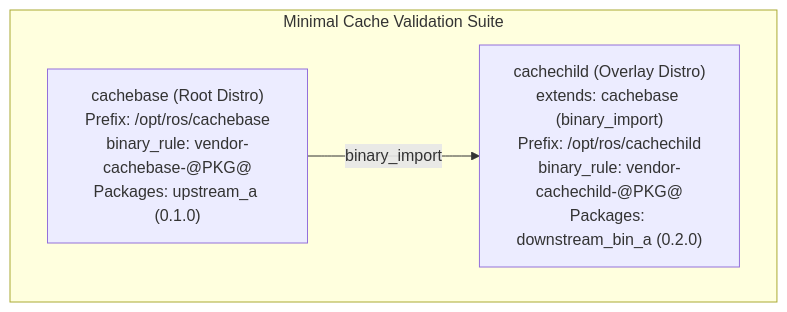
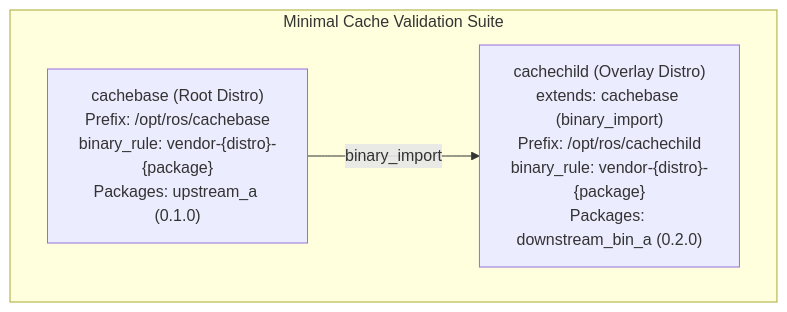
Before and after one commit to KmoM88/rep159-testing: the second of 2 diagrams in STAGE5_CACHE_AND_BLOOM_PLAN.md, drawn with Mermaid. The commit also changed other lines of this file and 22 other files, not shown here.

Commit message:
Consolidate table/diagram docs, adopt jrivero commits, update Stage 1-3 testfarm evidence, and sanitize local endpoints

````diff
--- a/STAGE5_CACHE_AND_BLOOM_PLAN.md
+++ b/STAGE5_CACHE_AND_BLOOM_PLAN.md
@@ -70,10 +70,10 @@
 ```mermaid
 graph TD
     subgraph MinimalCacheSuite [Minimal Cache Validation Suite]
-        CB["cachebase (Root Distro)<br>Prefix: /opt/ros/cachebase<br>binary_rule: vendor-cachebase-@PKG@<br>Packages: upstream_a (0.1.0)"]
+        CB["cachebase (Root Distro)<br>Prefix: /opt/ros/cachebase<br>binary_rule: vendor-{distro}-{package}<br>Packages: upstream_a (0.1.0)"]
         
-        CC["cachechild (Overlay Distro)<br>extends: cachebase (binary_import)<br>Prefix: /opt/ros/cachechild<br>binary_rule: vendor-cachechild-@PKG@<br>Packages: downstream_bin_a (0.2.0)"]
+        CC["cachechild (Overlay Distro)<br>extends: cachebase (binary_import)<br>Prefix: /opt/ros/cachechild<br>binary_rule: vendor-{distro}-{package}<br>Packages: downstream_bin_a (0.2.0)"]
 
         CB -->|binary_import| CC
     end
 ```
````
